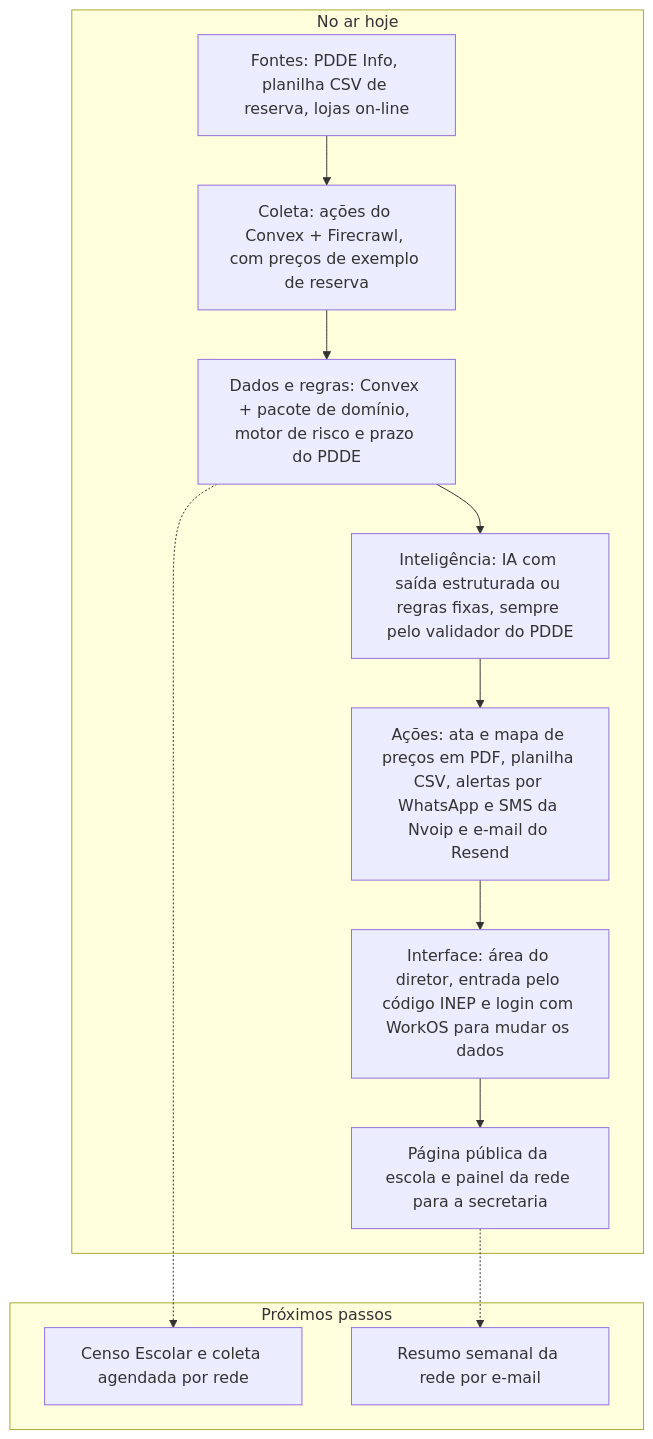
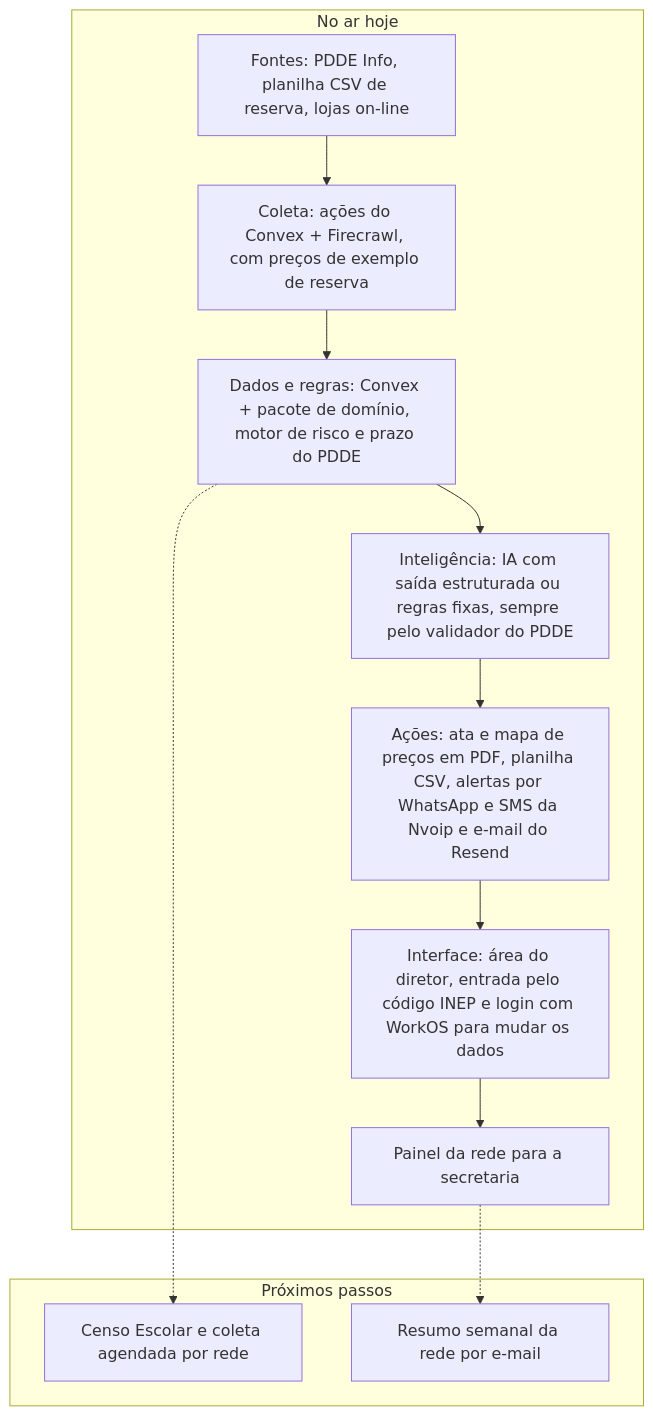
One commit to JoaoBreganon/Hack-Brasil changed the diagram in README.md. Above: the diagram before and after it, drawn with Mermaid. The commit also changed other lines of this file and 1 other file, not shown here.

First line of the commit message:
Docs: Tira a página pública do README e do AGENTS

````diff
--- a/README.md
+++ b/README.md
@@ -62,17 +61,17 @@
 ```mermaid
 flowchart TD
     subgraph hoje [No ar hoje]
         A[Fontes: PDDE Info, planilha CSV de reserva, lojas on-line] --> B[Coleta: ações do Convex + Firecrawl, com preços de exemplo de reserva]
         B --> C[Dados e regras: Convex + pacote de domínio, motor de risco e prazo do PDDE]
         C --> D[Inteligência: IA com saída estruturada ou regras fixas, sempre pelo validador do PDDE]
         D --> E[Ações: ata e mapa de preços em PDF, planilha CSV, alertas por WhatsApp e SMS da Nvoip e e-mail do Resend]
         E --> F[Interface: área do diretor, entrada pelo código INEP e login com WorkOS para mudar os dados]
-        F --> G[Página pública da escola e painel da rede para a secretaria]
+        F --> G[Painel da rede para a secretaria]
     end
     subgraph depois [Próximos passos]
         K[Censo Escolar e coleta agendada por rede]
         L[Resumo semanal da rede por e-mail]
     end
     C -.-> K
     G -.-> L
 ```
````
